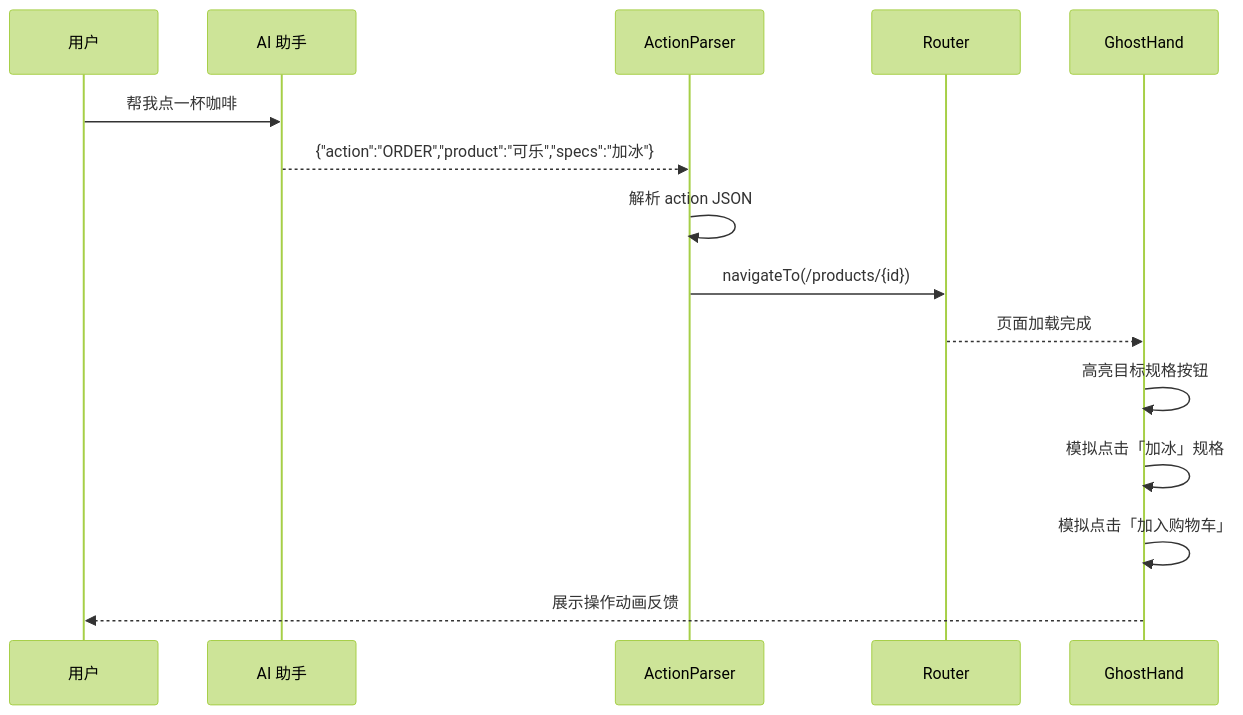
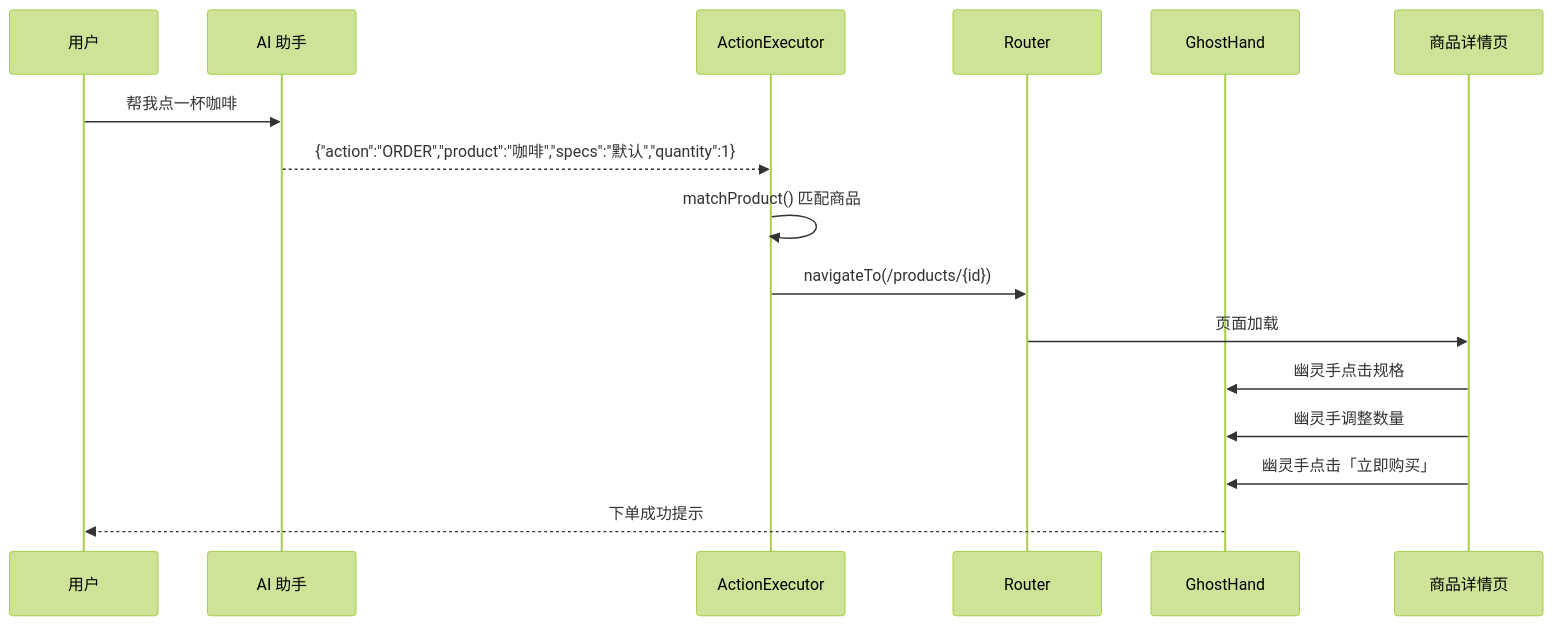
Before and after one commit to zhao-ruqing/nuxt-interaction: the diagram in docs/AI助手开发文档.md, drawn with Mermaid (forest theme). The commit also changed other lines of this file and 8 other files, not shown here.

Commit message:
feat: 实现自动下单功能与幽灵手模拟点击。新增 `useActionExecutor` 组合式函数以处理 AI 指令，更新 `AiChatWidget` 组件以展示操作状态，并在商品详情页集成幽灵手功能以自动化下单流程。同时，优化相关样式与文档说明，提升用户体验。

````diff
--- a/docs/AI助手开发文档.md
+++ b/docs/AI助手开发文档.md
@@ -127,18 +127,19 @@
 ```mermaid
 sequenceDiagram
     participant U as 用户
     participant AI as AI 助手
-    participant P as ActionParser
+    participant E as ActionExecutor
     participant R as Router
     participant G as GhostHand
+    participant P as 商品详情页
 
     U->>AI: 帮我点一杯咖啡
-    AI-->>P: {"action":"ORDER","product":"可乐","specs":"加冰"}
-    P->>P: 解析 action JSON
-    P->>R: navigateTo(/products/{id})
-    R-->>G: 页面加载完成
-    G->>G: 高亮目标规格按钮
-    G->>G: 模拟点击「加冰」规格
-    G->>G: 模拟点击「加入购物车」
-    G-->>U: 展示操作动画反馈
+    AI-->>E: {"action":"ORDER","product":"咖啡","specs":"默认","quantity":1}
+    E->>E: matchProduct() 匹配商品
+    E->>R: navigateTo(/products/{id})
+    R->>P: 页面加载
+    P->>G: 幽灵手点击规格
+    P->>G: 幽灵手调整数量
+    P->>G: 幽灵手点击「立即购买」
+    G-->>U: 下单成功提示
 ```
````
